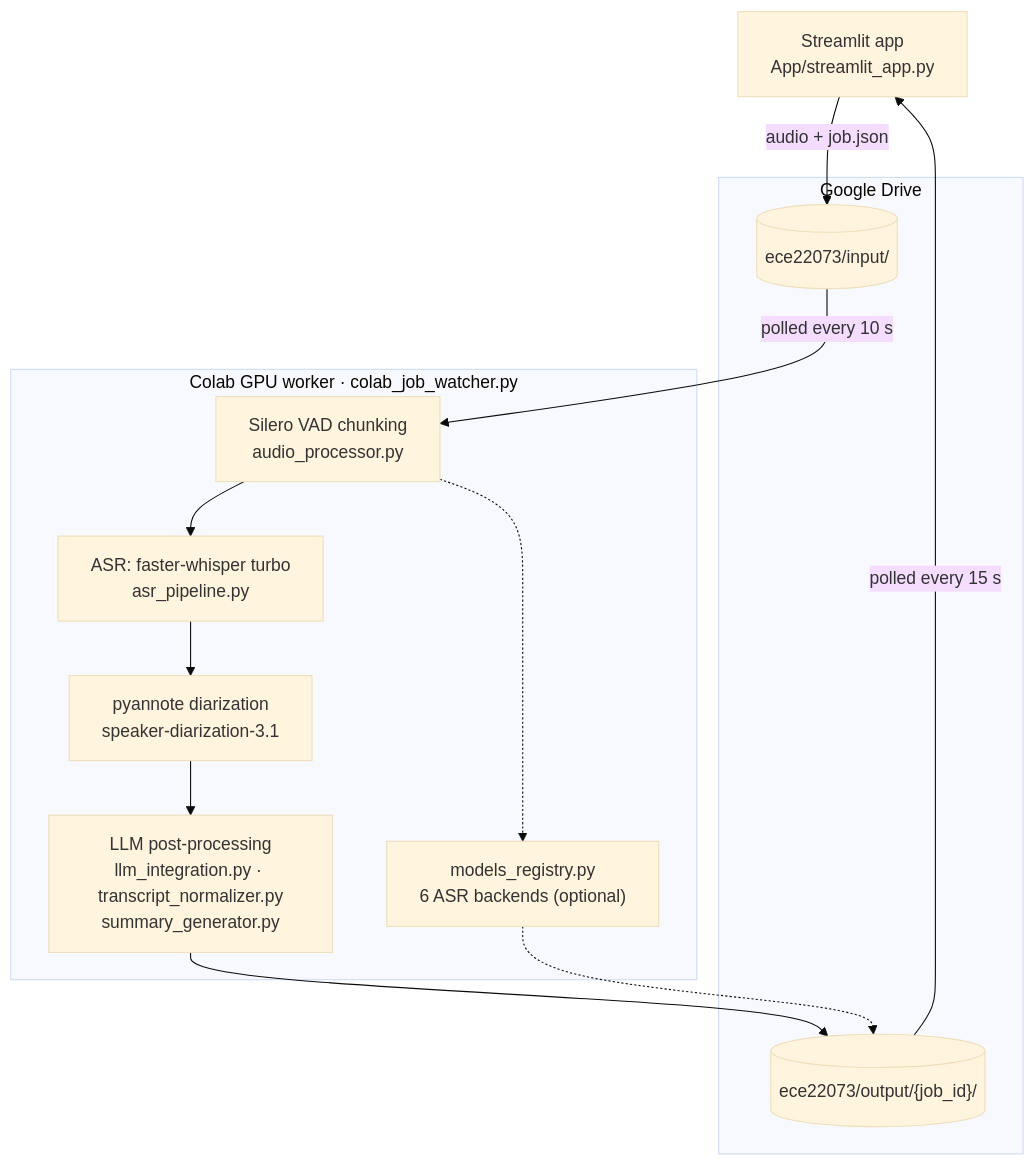
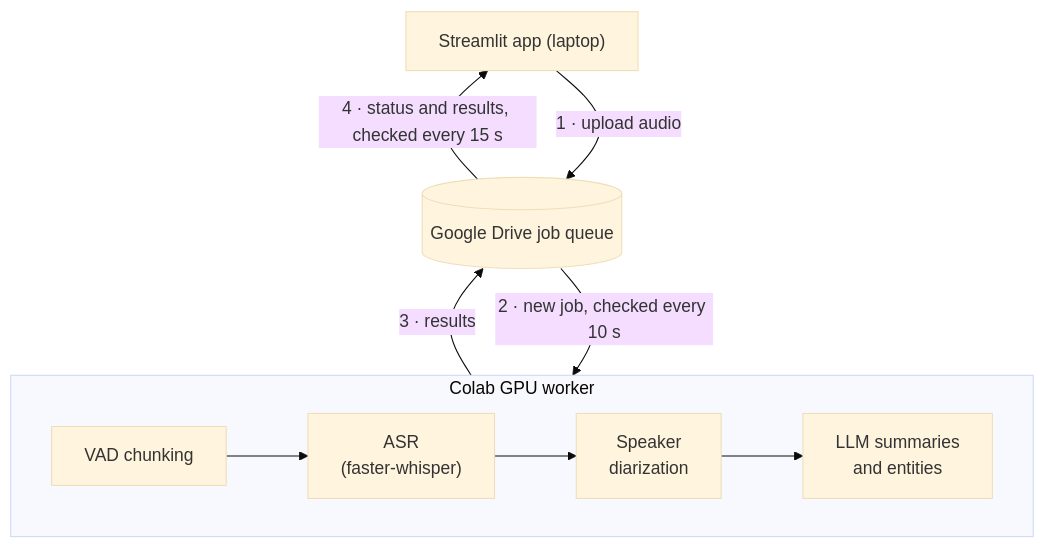
The diagram in README.md (victorpolitakis/asr-notebook), drawn with Mermaid (base theme) before and after one commit. The commit also changed other lines of this file, not shown here.

Commit message:
Simplify architecture diagram

````diff
--- a/README.md
+++ b/README.md
@@ -7,25 +7,17 @@
 ```mermaid
-flowchart TD
-    UI["Streamlit app<br/>App/streamlit_app.py"]
+flowchart BT
+    UI["Streamlit app (laptop)"]
+    Q[("Google Drive job queue")]
 
-    subgraph Drive["Google Drive"]
-        IN[("ece22073/input/")]
-        OUT[("ece22073/output/{job_id}/")]
+    subgraph W["Colab GPU worker"]
+        direction LR
+        VAD["VAD chunking"] --> ASR["ASR<br/>(faster-whisper)"]
+        ASR --> DIA["Speaker<br/>diarization"]
+        DIA --> LLM["LLM summaries<br/>and entities"]
     end
 
-    subgraph Colab["Colab GPU worker · colab_job_watcher.py"]
-        VAD["Silero VAD chunking<br/>audio_processor.py"]
-        ASR["ASR: faster-whisper turbo<br/>asr_pipeline.py"]
-        DIA["pyannote diarization<br/>speaker-diarization-3.1"]
-        LLM["LLM post-processing<br/>llm_integration.py · transcript_normalizer.py<br/>summary_generator.py"]
-        REG["models_registry.py<br/>6 ASR backends (optional)"]
-        VAD --> ASR --> DIA --> LLM
-        VAD -.-> REG
-    end
-
-    UI -- "audio + job.json" --> IN
-    IN -- "polled every 10 s" --> VAD
-    LLM --> OUT
-    REG -.-> OUT
-    OUT -- "polled every 15 s" --> UI
+    UI -- "1 · upload audio" --> Q
+    Q -- "2 · new job, checked every 10 s" --> W
+    W -- "3 · results" --> Q
+    Q -- "4 · status and results, checked every 15 s" --> UI
 ```
````
